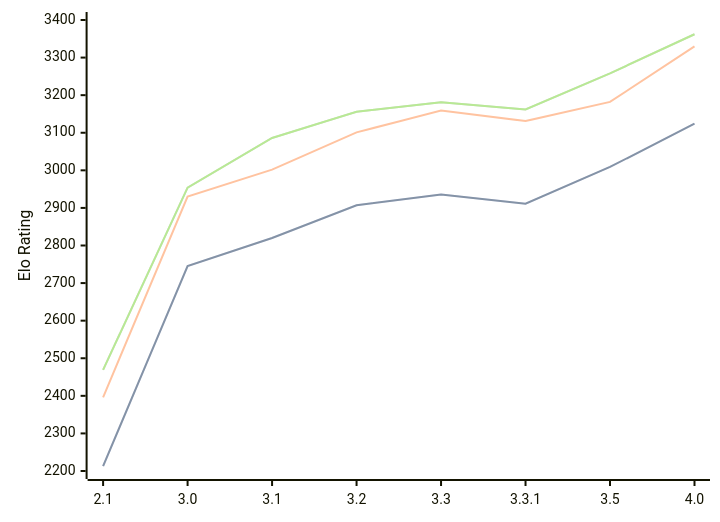
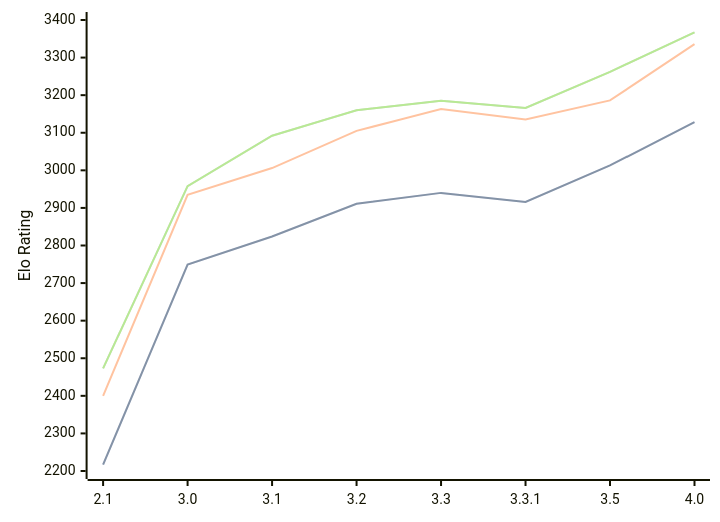
One commit to computer-chess-index/cci changed the diagram in engines/Petrel.md. Above: the diagram before and after it, drawn with Mermaid. The commit also changed other lines of this file, not shown here.

Commit message:
Update CCI Ratings (ELO VLTC) - 2026-08-18

````diff
--- a/engines/Petrel.md
+++ b/engines/Petrel.md
@@ -38,11 +38,11 @@
 ```mermaid
 %%{init: {"theme":"base","themeVariables":{"seriesColors:['#a3a3a3','#222221','#faa371']}}}%%
 xychart-beta
   x-axis ["2.1", "3.0", "3.1", "3.2", "3.3", "3.3.1", "3.5", "4.0"]
   y-axis "Elo Rating" 2200 --> 3400
-  line "STC (8.0+0.08s)" [2213, 2745, 2820, 2907, 2936, 2911, 3009, 3124]
-  line "STC (8.0+0.08s)" [2213, 2745, 2820, 2907, 2936, 2911, 3009, 3124]
-  line "LTC (60.0+0.60s)" [2396, 2930, 3002, 3101, 3159, 3131, 3182, 3330]
-  line "VLTC (2m24s+1.12s)" [2469, 2954, 3086, 3156, 3181, 3162, 3258, 3362]
-  line "VLTC (2m24s+1.12s)" [2469, 2954, 3086, 3156, 3181, 3162, 3258, 3362]
+  line "STC (8.0+0.08s)" [2217, 2749, 2824, 2911, 2940, 2916, 3013, 3128]
+  line "STC (8.0+0.08s)" [2217, 2749, 2824, 2911, 2940, 2916, 3013, 3128]
+  line "LTC (60.0+0.60s)" [2400, 2935, 3006, 3105, 3163, 3135, 3186, 3336]
+  line "VLTC (2m24s+1.12s)" [2473, 2958, 3092, 3160, 3185, 3166, 3262, 3367]
+  line "VLTC (2m24s+1.12s)" [2473, 2958, 3092, 3160, 3185, 3166, 3262, 3367]
 ```
````
